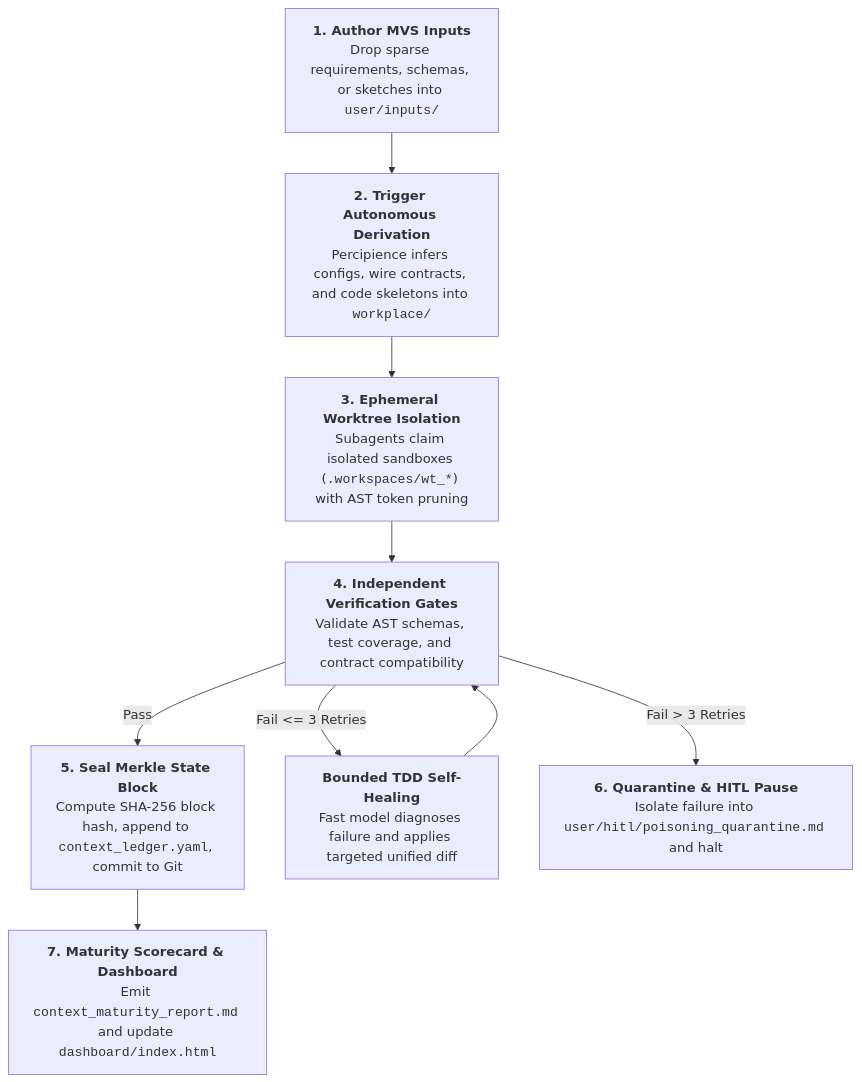
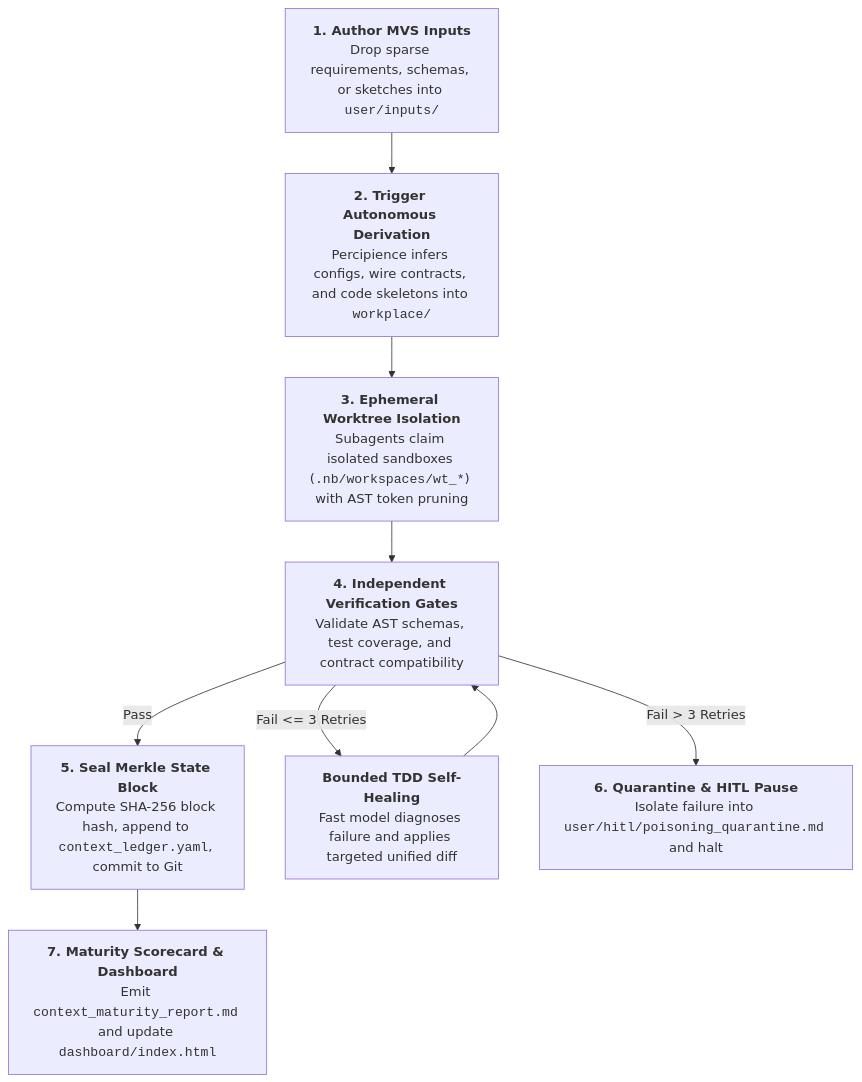
One commit to lakhwindersingh/nb_fairyfly changed the diagram in HOWTO_WORKSPACE_GUIDE.md. Above: the diagram before and after it, drawn with Mermaid. The commit also changed other lines of this file and 59 other files, not shown here.

````diff
--- a/HOWTO_WORKSPACE_GUIDE.md
+++ b/HOWTO_WORKSPACE_GUIDE.md
@@ -99,16 +99,16 @@
 ```mermaid
 flowchart TD
   MVS["<b>1. Author MVS Inputs</b><br/>Drop sparse requirements, schemas, or sketches into <code>user/inputs/</code>"]
   Derive["<b>2. Trigger Autonomous Derivation</b><br/>Percipience infers configs, wire contracts, and code skeletons into <code>workplace/</code>"]
-  Worktree["<b>3. Ephemeral Worktree Isolation</b><br/>Subagents claim isolated sandboxes (<code>.workspaces/wt_*</code>) with AST token pruning"]
+  Worktree["<b>3. Ephemeral Worktree Isolation</b><br/>Subagents claim isolated sandboxes (<code>.nb/workspaces/wt_*</code>) with AST token pruning"]
   Verify["<b>4. Independent Verification Gates</b><br/>Validate AST schemas, test coverage, and contract compatibility"]
   
   MVS --> Derive --> Worktree --> Verify
   
   Verify -->|Pass| Commit["<b>5. Seal Merkle State Block</b><br/>Compute SHA-256 block hash, append to <code>context_ledger.yaml</code>, commit to Git"]
   Verify -->|Fail <= 3 Retries| SelfHeal["<b>Bounded TDD Self-Healing</b><br/>Fast model diagnoses failure and applies targeted unified diff"]
   Verify -->|Fail > 3 Retries| Quarantine["<b>6. Quarantine & HITL Pause</b><br/>Isolate failure into <code>user/hitl/poisoning_quarantine.md</code> and halt"]
   
   SelfHeal --> Verify
   Commit --> Scorecard["<b>7. Maturity Scorecard & Dashboard</b><br/>Emit <code>context_maturity_report.md</code> and update <code>dashboard/index.html</code>"]
 ```
````
